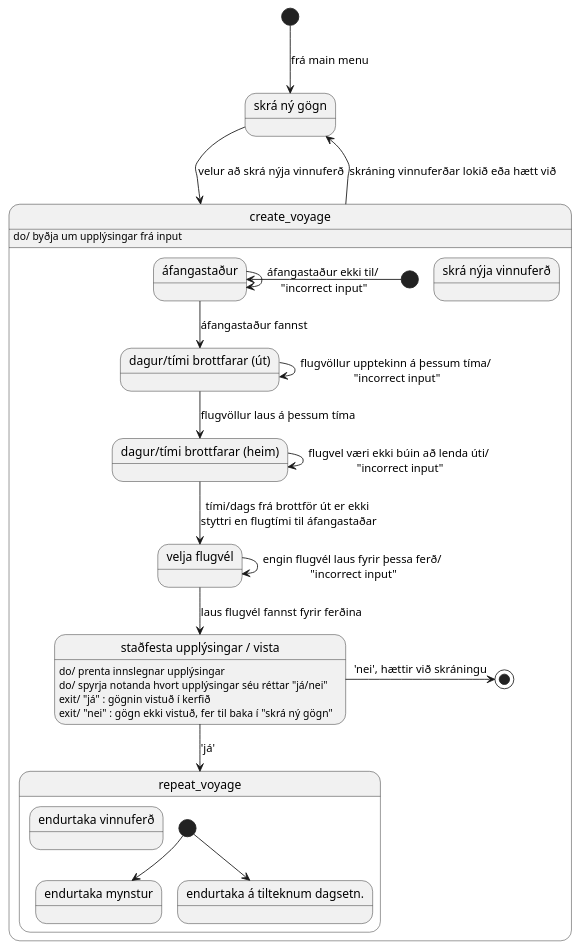
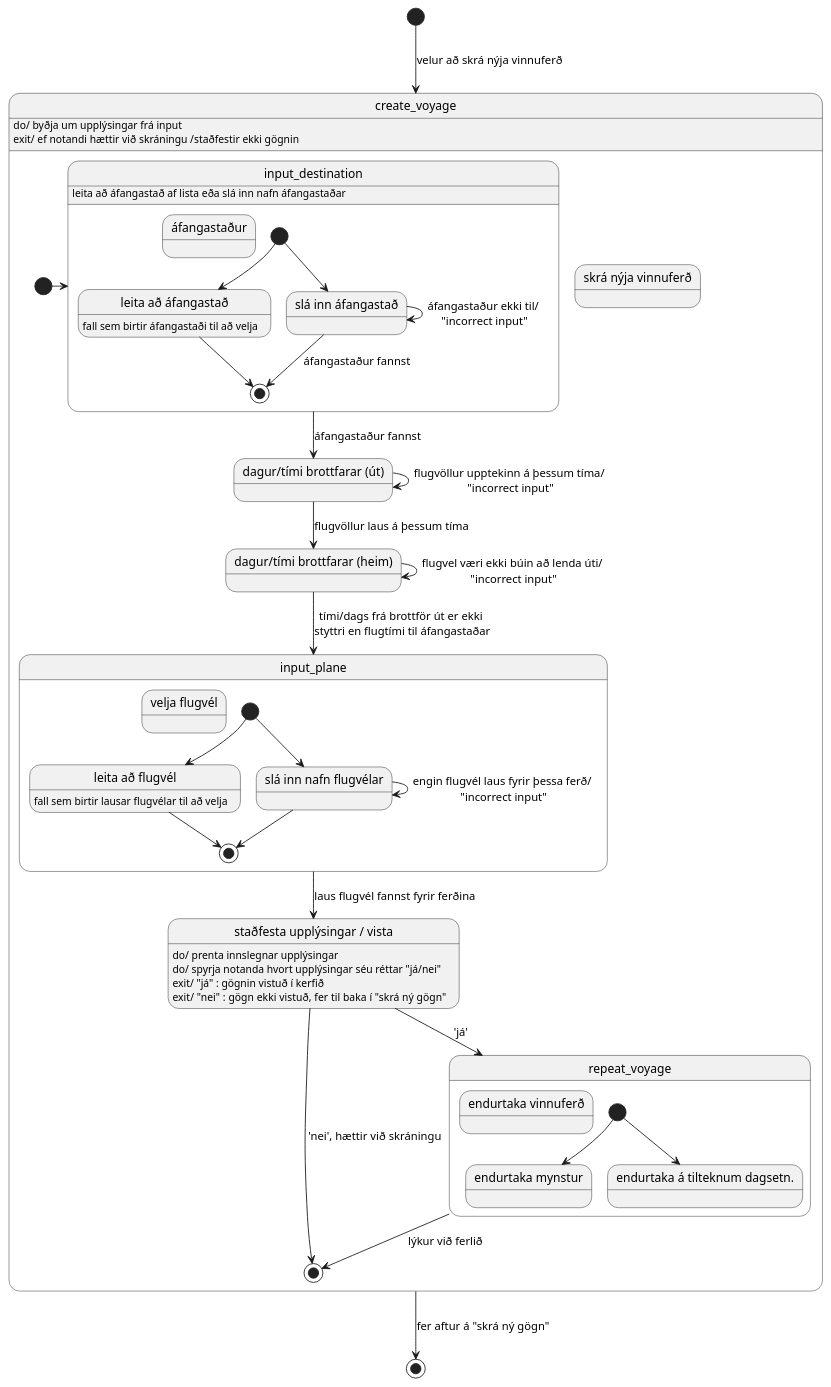
Before and after one commit to MyraMidnight/VLN1_h16: the diagram in diagrams/state/state_create_voyage.puml, drawn with PlantUML.

Commit message:
finished state diagram for new voyages

```diff
--- a/diagrams/state/state_create_voyage.puml
+++ b/diagrams/state/state_create_voyage.puml
@@ -1,51 +1,69 @@
 @startuml 
-
-
-state create as "skrá ný gögn"
 
 state create_voyage {
   state create_voyage as "skrá nýja vinnuferð"
     create_voyage : do/ byðja um upplýsingar frá input
+    create_voyage : exit/ ef notandi hættir við skráningu /staðfestir ekki gögnin
 
-  state input_destination as "áfangastaður"
+  state input_destination {
+    state input_destination as "áfangastaður"
+      input_destination : leita að áfangastað af lista eða slá inn nafn áfangastaðar
+    state destination_search as "leita að áfangastað"
+      destination_search : fall sem birtir áfangastaði til að velja
+    state destination_direct as "slá inn áfangastað"
+    [*] --> destination_direct
+    [*] --> destination_search
+    destination_direct --> destination_direct : áfangastaður ekki til/ \n"incorrect input"
+    destination_search --> [*]
+    destination_direct --> [*] : áfangastaður fannst
+  }
   state input_date_out as "dagur/tími brottfarar (út)"
   state input_date_in as "dagur/tími brottfarar (heim)"
-  state input_plane as "velja flugvél"
+  state input_plane {
+    state input_plane as "velja flugvél"
+    state plane_search as "leita að flugvél" 
+      plane_search : fall sem birtir lausar flugvélar til að velja
+    state plane_direct as "slá inn nafn flugvélar"
+
+    [*] --> plane_search
+    [*] --> plane_direct
+    plane_direct --> plane_direct : engin flugvél laus fyrir þessa ferð/ \n"incorrect input"
+    plane_direct --> [*]
+    plane_search --> [*]
+  }
   state voyage_confirm as "staðfesta upplýsingar / vista"
     voyage_confirm : do/ prenta innslegnar upplýsingar
     voyage_confirm : do/ spyrja notanda hvort upplýsingar séu réttar "já/nei"
     voyage_confirm : exit/ "já" : gögnin vistuð í kerfið
     voyage_confirm : exit/ "nei" : gögn ekki vistuð,  fer til baka í "skrá ný gögn"
 
   state repeat_voyage {
     state repeat_voyage as "endurtaka vinnuferð"
     state repeat_pattern as "endurtaka mynstur"
     state repeat_dates as "endurtaka á tilteknum dagsetn."
 
     [*] --> repeat_pattern
     [*] --> repeat_dates
     
   }
 
-  [*] -left-> input_destination
+  [*] -right-> input_destination
   input_destination --> input_date_out : áfangastaður fannst
-    input_destination --> input_destination : áfangastaður ekki til/ \n"incorrect input"
   input_date_out --> input_date_in : flugvöllur laus á þessum tíma
     input_date_out --> input_date_out : flugvöllur upptekinn á þessum tíma/ \n"incorrect input"
   input_date_in --> input_plane : tími/dags frá brottför út er ekki \nstyttri en flugtími til áfangastaðar
     input_date_in --> input_date_in : flugvel væri ekki búin að lenda úti/ \n"incorrect input"
   input_plane --> voyage_confirm : laus flugvél fannst fyrir ferðina
-    input_plane --> input_plane : engin flugvél laus fyrir þessa ferð/ \n"incorrect input"
   voyage_confirm -right-> [*] : 'nei', hættir við skráningu
   voyage_confirm --> repeat_voyage : 'já'
+  repeat_voyage --> [*] : lýkur við ferlið
   
 }
 
 
 
-[*] --> create : frá main menu
-create --> create_voyage : velur að skrá nýja vinnuferð
-create_voyage --> create : skráning vinnuferðar lokið eða hætt við 
+[*] --> create_voyage : velur að skrá nýja vinnuferð
+create_voyage --> [*] : fer aftur á "skrá ný gögn"
 
 
 @enduml
```
